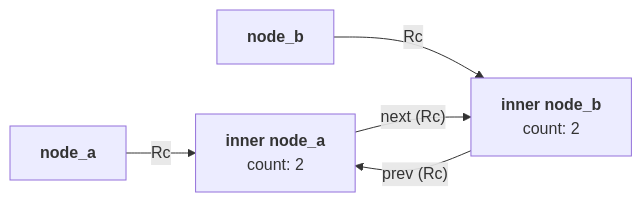
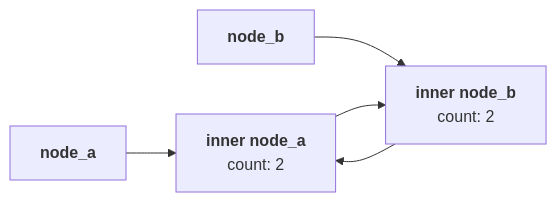
The third of 4 diagrams in docs/08-rc-refcell.md (NHadi/libr0), drawn with Mermaid before and after one commit. The commit also changed other lines of this file and 2 other files, not shown here.

````diff
--- a/docs/08-rc-refcell.md
+++ b/docs/08-rc-refcell.md
@@ -218,11 +218,11 @@
 ```mermaid
 flowchart LR
-    node_a["<b>node_a</b>"]
-    node_b["<b>node_b</b>"]
-    inner_a["<b>inner node_a</b><br/>count: 2"]
-    inner_b["<b>inner node_b</b><br/>count: 2"]
-    node_a -->|Rc| inner_a
-    node_b -->|Rc| inner_b
-    inner_a -->|"next (Rc)"| inner_b
-    inner_b -->|"prev (Rc)"| inner_a
+  node_a["<b>node_a</b>"]
+  node_b["<b>node_b</b>"]
+  innerA["<b>inner node_a</b><br/>count: 2"]
+  innerB["<b>inner node_b</b><br/>count: 2"]
+  node_a --> innerA
+  node_b --> innerB
+  innerA --> innerB
+  innerB --> innerA
 ```
````
